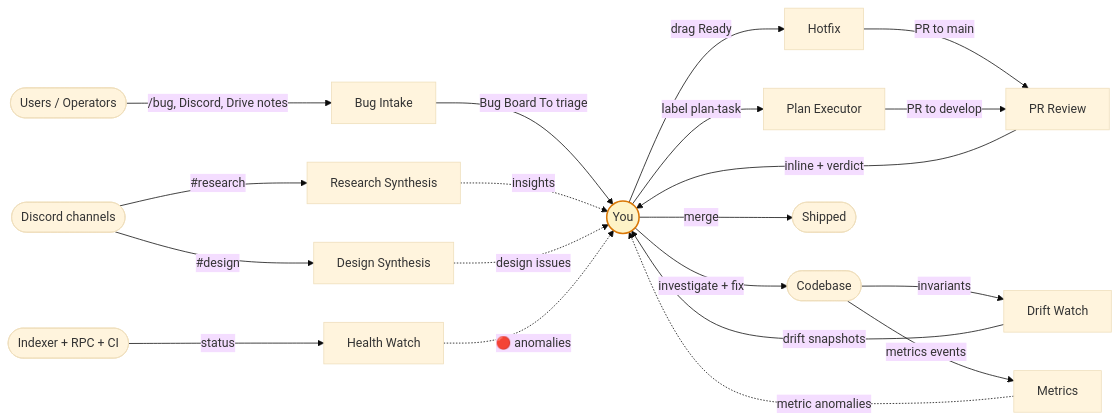
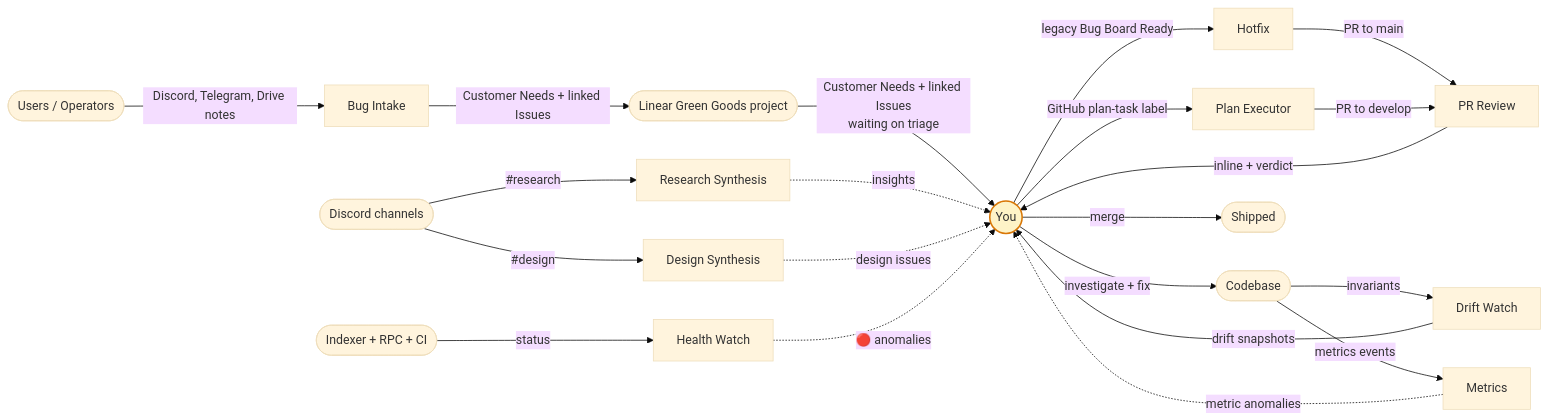
The first of 8 diagrams in docs/routines/workflows.md (greenpill-dev-guild/green-goods), drawn with Mermaid (base theme) before and after one commit. The commit also changed other lines of this file and 8 other files, not shown here.

Commit message:
docs(agent): migrate bug intake to Linear

````diff
--- a/docs/routines/workflows.md
+++ b/docs/routines/workflows.md
@@ -54,33 +57,35 @@
 ```mermaid
 flowchart LR
     Users([Users / Operators])
     Discord([Discord channels])
     Code([Codebase])
     OnChain([Indexer + RPC + CI])
-    
-    Users -->|/bug, Discord, Drive notes| BI[Bug Intake]
+    Linear([Linear Green Goods project])
+
+    Users -->|Discord, Telegram, Drive notes| BI[Bug Intake]
     Discord -->|#research| RS[Research Synthesis]
     Discord -->|#design| DSY[Design Synthesis]
     Code -->|invariants| DW[Drift Watch]
     Code -->|metrics events| M[Metrics]
     OnChain -->|status| HW[Health Watch]
-    
-    BI -->|Bug Board To triage| AFO((You))
+
+    BI -->|Customer Needs + linked Issues| Linear
+    Linear -->|Customer Needs + linked Issues<br/>waiting on triage| AFO((You))
     DW -->|drift snapshots| AFO
     RS -.->|insights| AFO
     DSY -.->|design issues| AFO
     HW -.->|🔴 anomalies| AFO
     M -.->|metric anomalies| AFO
-    
-    AFO -->|drag Ready| HF[Hotfix]
-    AFO -->|label plan-task| PE[Plan Executor]
+
+    AFO -->|legacy Bug Board Ready| HF[Hotfix]
+    AFO -->|GitHub plan-task label| PE[Plan Executor]
     AFO -->|investigate + fix| Code
     
     HF -->|PR to main| PRR[PR Review]
     PE -->|PR to develop| PRR
     PRR -->|inline + verdict| AFO
     AFO -->|merge| Ship([Shipped])
     
     classDef human fill:#fef3c7,stroke:#d97706,stroke-width:2px
     class AFO human
 ```
````
